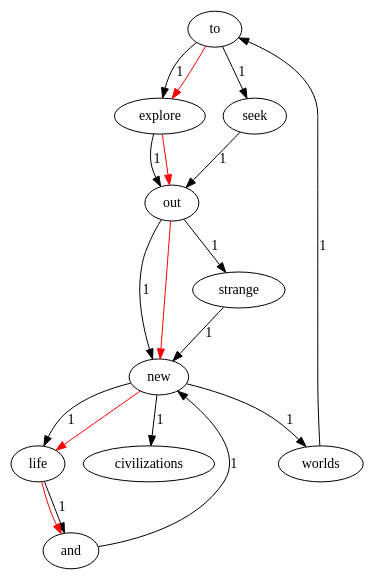
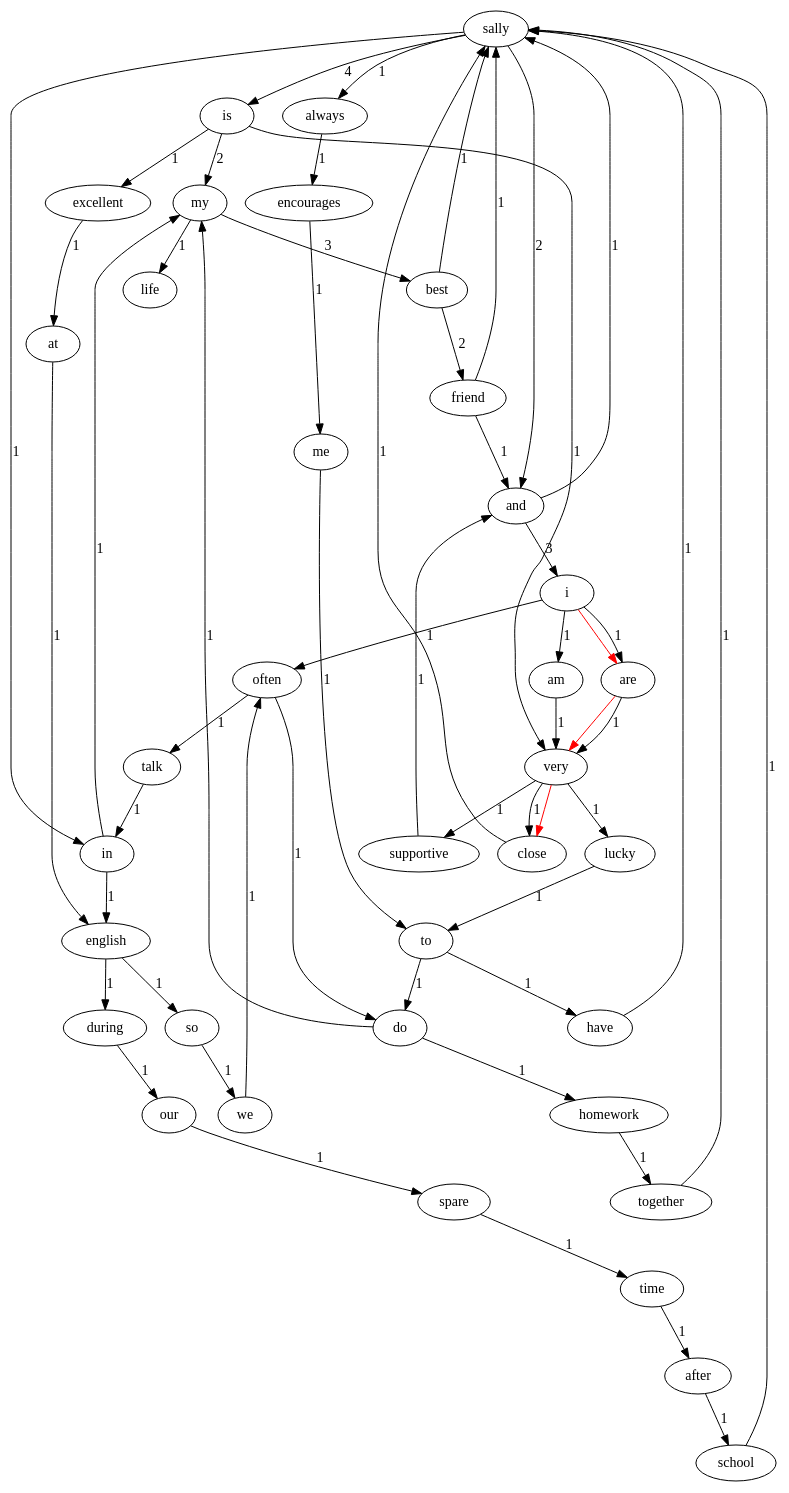
Before and after one commit to hit-wsy/Lab1-2021111589: the diagram in dotsource.dot, drawn with Graphviz. The commit also changed 5 other files, not shown here.

```diff
--- a/dotsource.dot
+++ b/dotsource.dot
@@ -1,2 +1,2 @@
 digraph G {
-to -> explore [label="1"];to -> seek [label="1"];explore -> out [label="1"];out -> strange [label="1"];out -> new [label="1"];strange -> new [label="1"];new -> worlds [label="1"];new -> life [label="1"];new -> civilizations [label="1"];worlds -> to [label="1"];seek -> out [label="1"];life -> and [label="1"];and -> new [label="1"]; life->and[color=red];new->life[color=red];out->new[color=red];explore->out[color=red];to->explore[color=red];}
+sally -> is [label="4"];sally -> and [label="2"];sally -> always [label="1"];sally -> in [label="1"];is -> my [label="2"];is -> excellent [label="1"];is -> very [label="1"];my -> best [label="3"];my -> life [label="1"];best -> friend [label="2"];best -> sally [label="1"];friend -> sally [label="1"];friend -> and [label="1"];and -> i [label="3"];and -> sally [label="1"];i -> are [label="1"];i -> often [label="1"];i -> am [label="1"];are -> very [label="1"];very -> close [label="1"];very -> supportive [label="1"];very -> lucky [label="1"];close -> sally [label="1"];excellent -> at [label="1"];at -> english [label="1"];english -> so [label="1"];english -> during [label="1"];so -> we [label="1"];we -> often [label="1"];often -> talk [label="1"];often -> do [label="1"];talk -> in [label="1"];in -> english [label="1"];in -> my [label="1"];during -> our [label="1"];our -> spare [label="1"];spare -> time [label="1"];time -> after [label="1"];after -> school [label="1"];school -> sally [label="1"];do -> homework [label="1"];do -> my [label="1"];homework -> together [label="1"];together -> sally [label="1"];supportive -> and [label="1"];always -> encourages [label="1"];encourages -> me [label="1"];me -> to [label="1"];to -> do [label="1"];to -> have [label="1"];am -> very [label="1"];lucky -> to [label="1"];have -> sally [label="1"]; very->close[color=red];are->very[color=red];i->are[color=red];}
```
